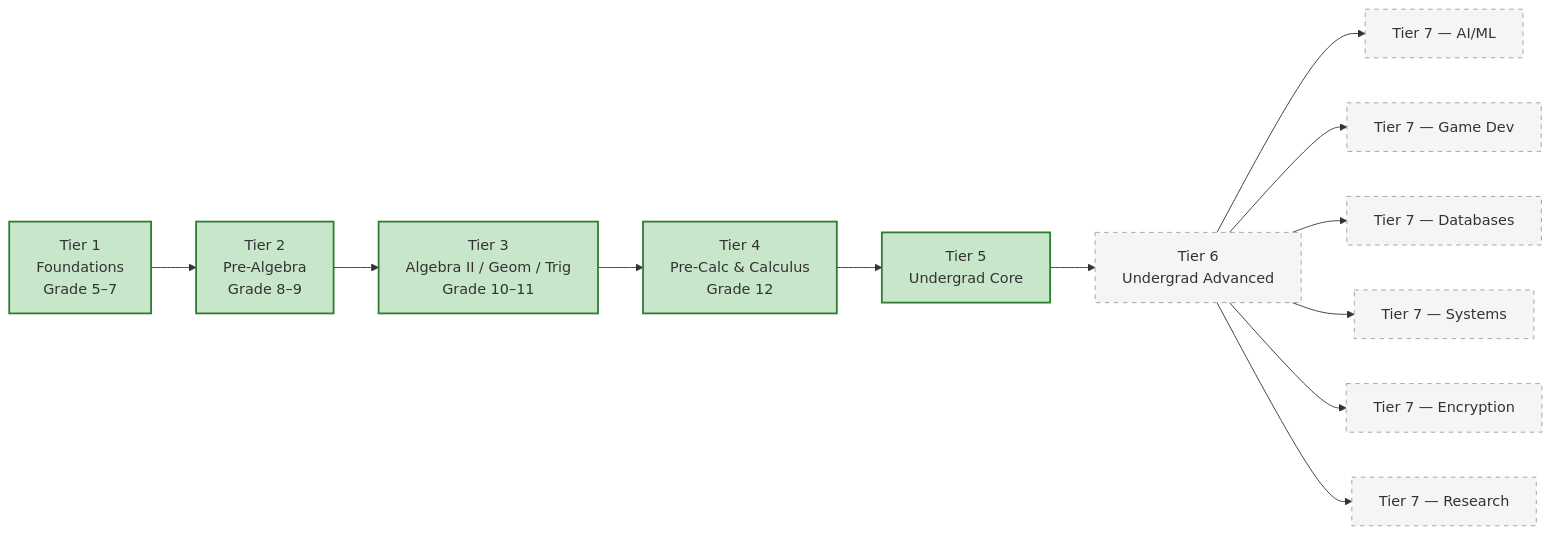
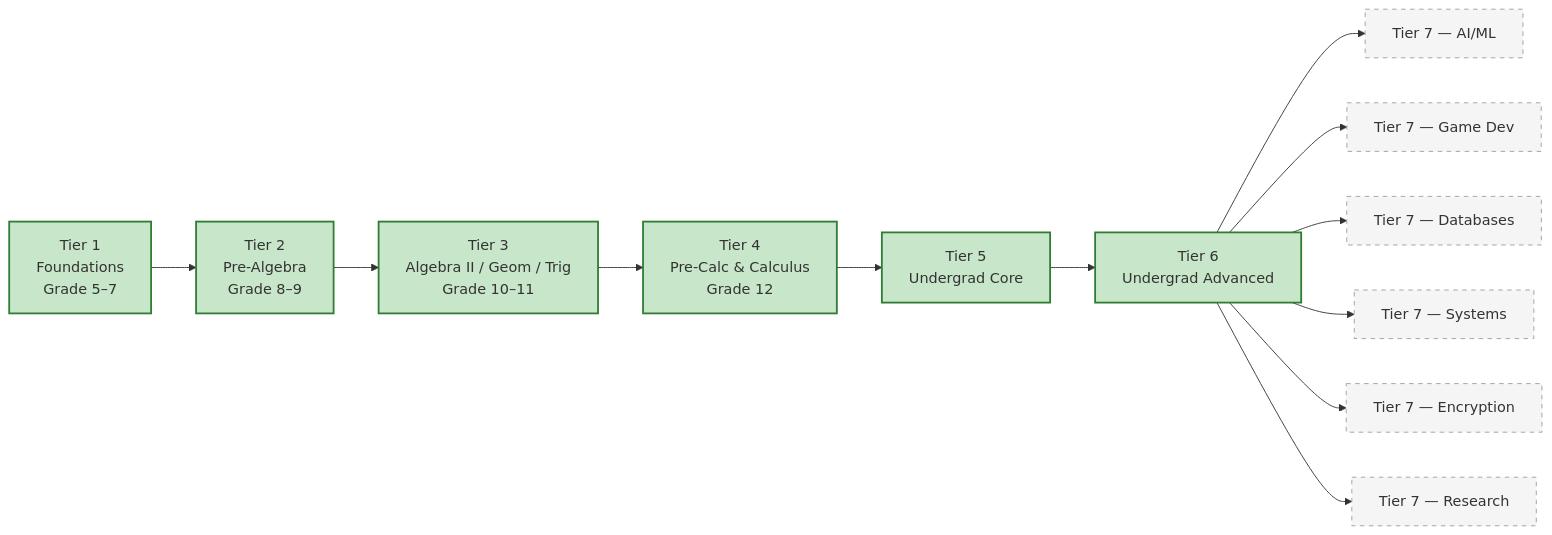
Before and after one commit to rajeshpillai/applied-maths: the diagram in index.qmd, drawn with Mermaid. The commit also changed other lines of this file and 6 other files, not shown here.

````diff
--- a/index.qmd
+++ b/index.qmd
@@ -77,19 +77,19 @@
 ```{mermaid}
 flowchart LR
     T1["Tier 1<br/>Foundations<br/>Grade 5–7"] --> T2["Tier 2<br/>Pre-Algebra<br/>Grade 8–9"]
     T2 --> T3["Tier 3<br/>Algebra II / Geom / Trig<br/>Grade 10–11"]
     T3 --> T4["Tier 4<br/>Pre-Calc & Calculus<br/>Grade 12"]
     T4 --> T5["Tier 5<br/>Undergrad Core"]
     T5 --> T6["Tier 6<br/>Undergrad Advanced"]
     T6 --> T7AI["Tier 7 — AI/ML"]
     T6 --> T7GD["Tier 7 — Game Dev"]
     T6 --> T7DB["Tier 7 — Databases"]
     T6 --> T7SY["Tier 7 — Systems"]
     T6 --> T7EN["Tier 7 — Encryption"]
     T6 --> T7RE["Tier 7 — Research"]
 
     classDef builtTier fill:#c8e6c9,stroke:#2e7d32,stroke-width:2px
     classDef plannedTier fill:#f5f5f5,stroke:#9e9e9e,stroke-dasharray: 5 5
-    class T1,T2,T3,T4,T5 builtTier
-    class T6,T7AI,T7GD,T7DB,T7SY,T7EN,T7RE plannedTier
+    class T1,T2,T3,T4,T5,T6 builtTier
+    class T7AI,T7GD,T7DB,T7SY,T7EN,T7RE plannedTier
 ```
````
